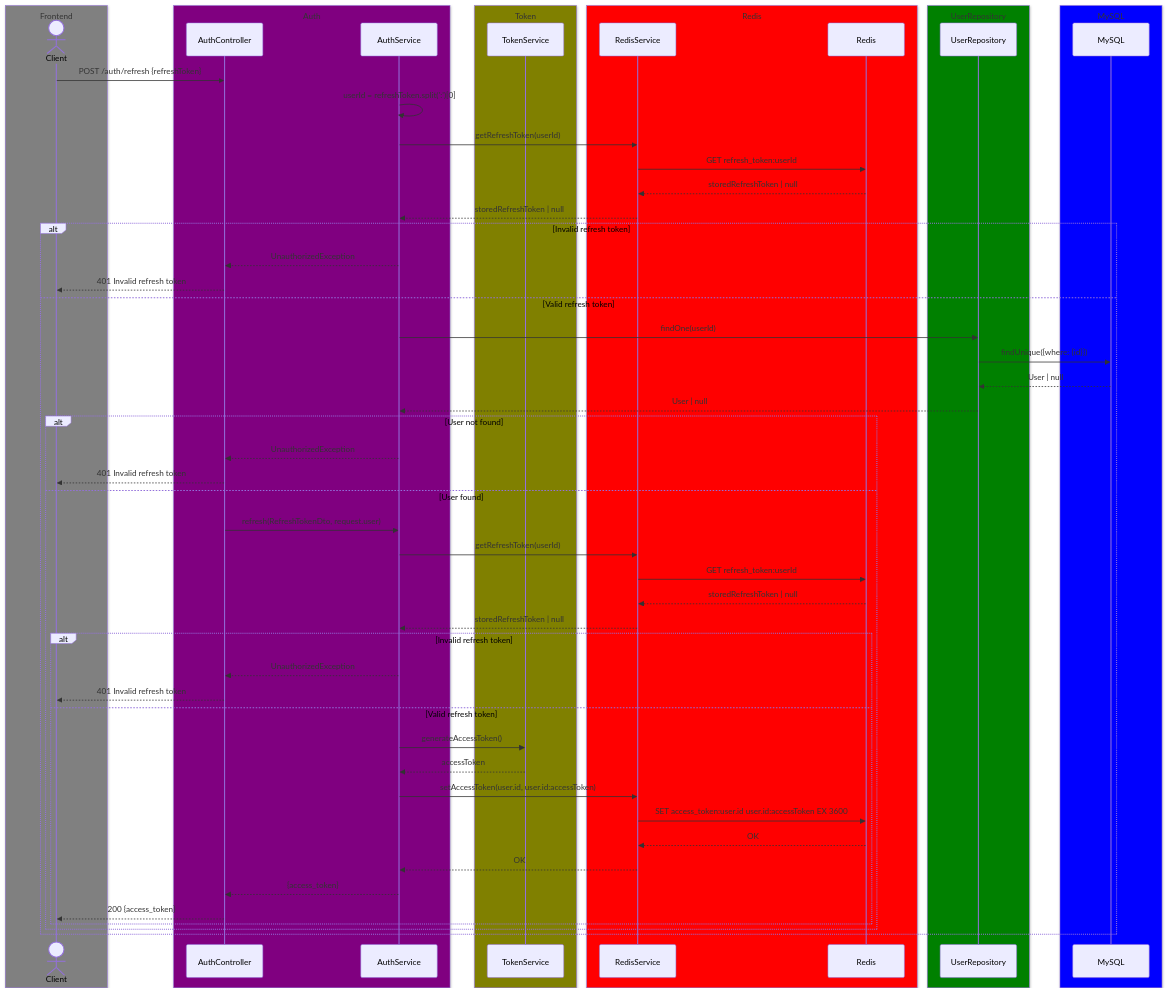
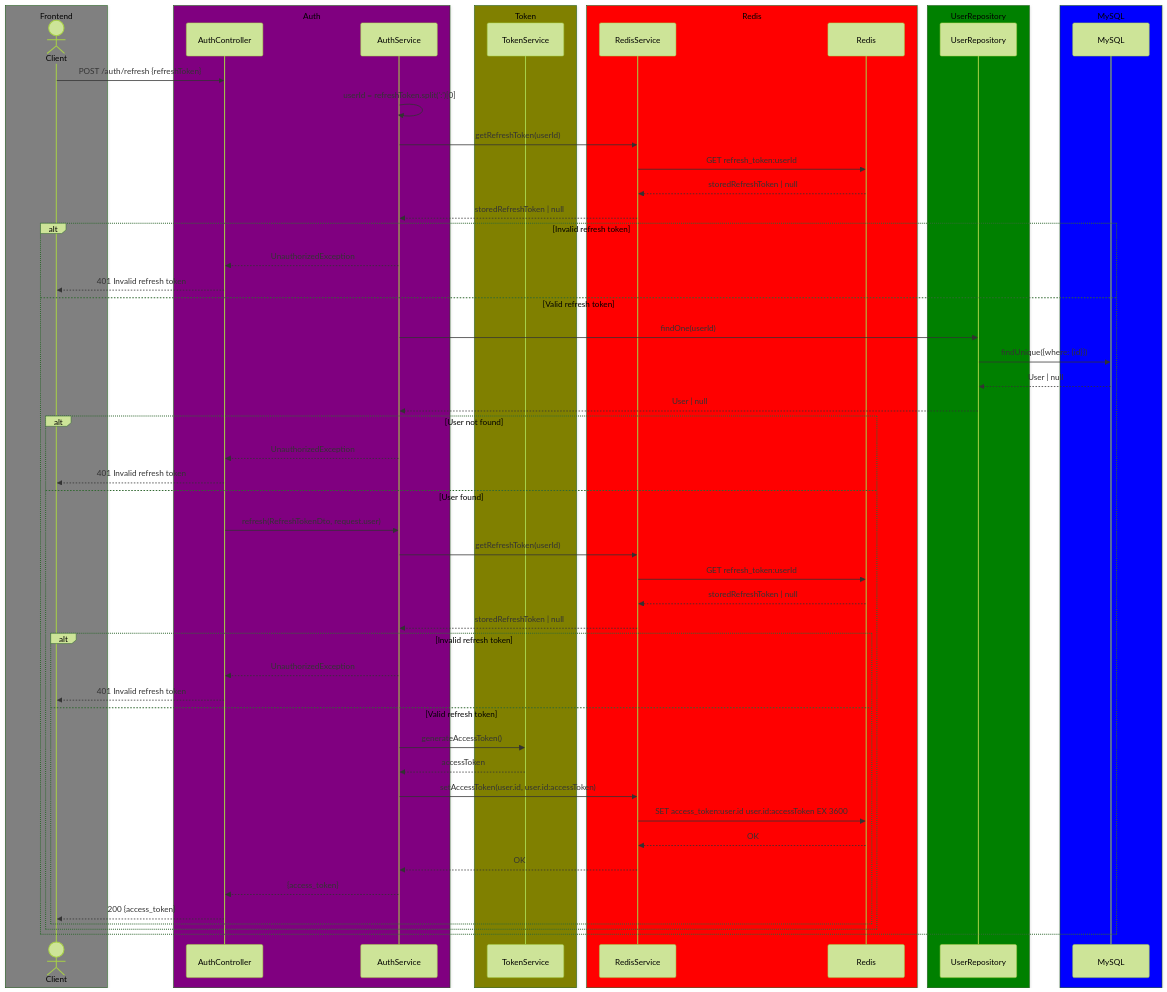
The diagram in docs/auth/refresh-token.md (hamidehalaee/nestjs_ddd_skeleton), drawn with Mermaid before and after one commit.

Commit message:
Change mermaid theme from 'light' to 'forest'

````diff
--- a/docs/auth/refresh-token.md
+++ b/docs/auth/refresh-token.md
@@ -1,79 +1,79 @@
 ```mermaid
 ---
 config:
-  theme: 'light'
+  theme: 'forest'
   themeVariables:
     primaryColor: '#BB2528'
     primaryTextColor: '#fff'
     primaryBorderColor: '#fff'
     lineColor: '#F8B229'
     secondaryColor: '#006100'
     tertiaryColor: '#fff'
 ---
 sequenceDiagram
   box Gray Frontend
   actor Client
   end
 
   box Purple Auth
   participant AuthController
   participant AuthService
   end
 
   box Olive Token
   participant TokenService
   end
 
   box Red Redis
   participant RedisService
   participant Redis
   end
 
   box Green UserRepository
   participant UserRepo as UserRepository
   end
 
   box Blue MySQL
   participant MySQL
   end
 
 %% Refresh Flow with Validation
   Client->>AuthController: POST /auth/refresh {refreshToken}
   AuthService->> AuthService: userId = refreshToken.split(':')[0]
   AuthService->>RedisService: getRefreshToken(userId)
   RedisService->>Redis: GET refresh_token:userId
   Redis-->>RedisService: storedRefreshToken | null
   RedisService-->>AuthService: storedRefreshToken | null
   alt Invalid refresh token
     AuthService-->>AuthController: UnauthorizedException
     AuthController-->>Client: 401 Invalid refresh token
   else Valid refresh token
     AuthService->>UserRepo: findOne(userId)
     UserRepo->>MySQL: findUnique({where: {id}})
     MySQL-->>UserRepo: User | null
     UserRepo-->>AuthService: User | null
     alt User not found
       AuthService-->>AuthController: UnauthorizedException
       AuthController-->>Client: 401 Invalid refresh token
     else User found
       AuthController->>AuthService: refresh(RefreshTokenDto, request.user)
       AuthService->>RedisService: getRefreshToken(userId)
       RedisService->>Redis: GET refresh_token:userId
       Redis-->>RedisService: storedRefreshToken | null
       RedisService-->>AuthService: storedRefreshToken | null
       alt Invalid refresh token
         AuthService-->>AuthController: UnauthorizedException
         AuthController-->>Client: 401 Invalid refresh token
       else Valid refresh token
         AuthService->>TokenService: generateAccessToken()
         TokenService-->>AuthService: accessToken
         AuthService->>RedisService: setAccessToken(user.id, user.id:accessToken)
         RedisService->>Redis: SET access_token:user.id user.id:accessToken EX 3600
         Redis-->>RedisService: OK
         RedisService-->>AuthService: OK
         AuthService-->>AuthController: {access_token}
         AuthController-->>Client: 200 {access_token}
       end
     end
   end
 ```
````
